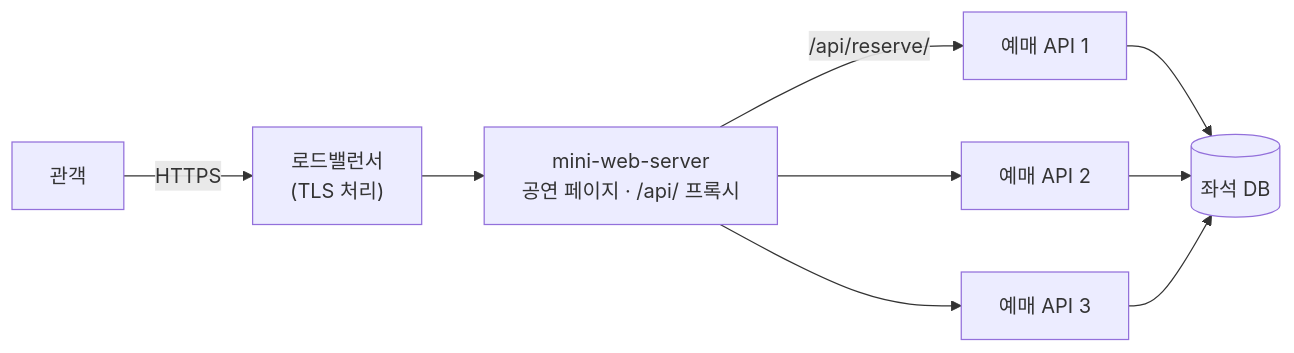
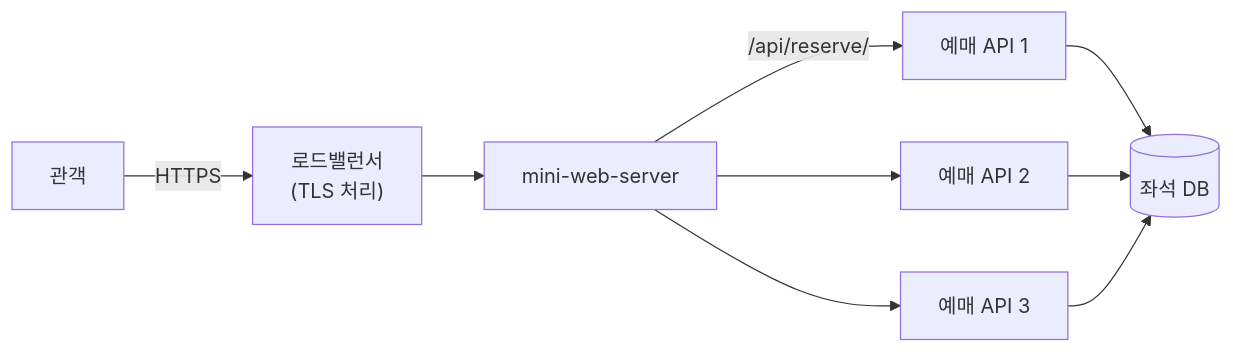
The second of 2 diagrams in README.md (1224kang/mini-web-server), drawn with Mermaid before and after one commit. The commit also changed other lines of this file, not shown here.

````diff
--- a/README.md
+++ b/README.md
@@ -339,9 +261,9 @@
 ```mermaid
 flowchart LR
     U["관객"] -->|HTTPS| LB["로드밸런서<br/>(TLS 처리)"]
-    LB --> W["mini-web-server<br/>공연 페이지 · /api/ 프록시"]
+    LB --> W["mini-web-server"]
     W -->|"/api/reserve/"| A1["예매 API 1"]
     W --> A2["예매 API 2"]
     W --> A3["예매 API 3"]
     A1 & A2 & A3 --> D[("좌석 DB")]
 ```
````
